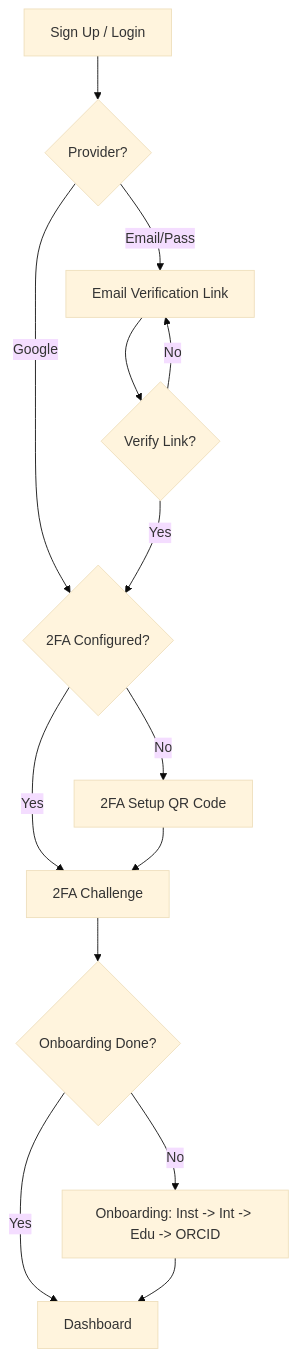
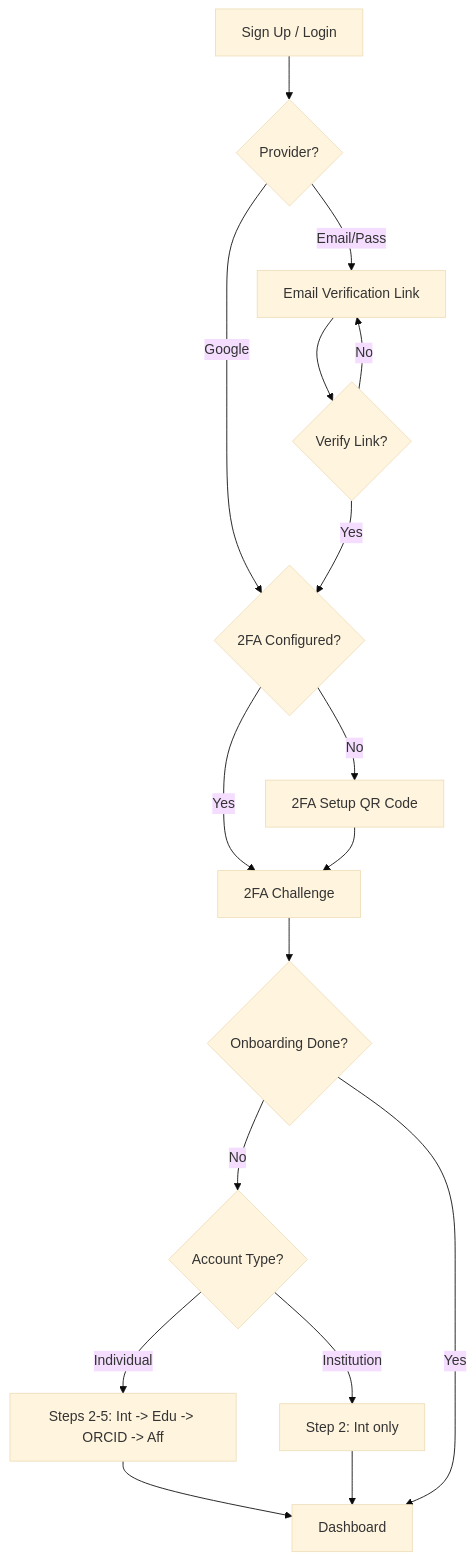
Before and after one commit to akvo/science-for-africa: the diagram in docs/AUTHENTICATION_ONBOARDING.md, drawn with Mermaid (base theme). The commit also changed other lines of this file and 3 other files, not shown here.

````diff
--- a/docs/AUTHENTICATION_ONBOARDING.md
+++ b/docs/AUTHENTICATION_ONBOARDING.md
@@ -36,16 +42,19 @@
 ```mermaid
 graph TD
     A[Sign Up / Login] --> B{Provider?}
     B -->|Email/Pass| C[Email Verification Link]
     B -->|Google| E{2FA Configured?}
     C --> D{Verify Link?}
     D -->|Yes| E
     D -->|No| C
     E -->|No| F[2FA Setup QR Code]
     E -->|Yes| G[2FA Challenge]
     F --> G
     G --> H{Onboarding Done?}
-    H -->|No| I[Onboarding: Inst -> Int -> Edu -> ORCID]
-    H -->|Yes| J[Dashboard]
-    I --> J
+    H -->|No| I{Account Type?}
+    I -->|Individual| K[Steps 2-5: Int -> Edu -> ORCID -> Aff]
+    I -->|Institution| L[Step 2: Int only]
+    K --> J[Dashboard]
+    L --> J
+    H -->|Yes| J
 ```
````
